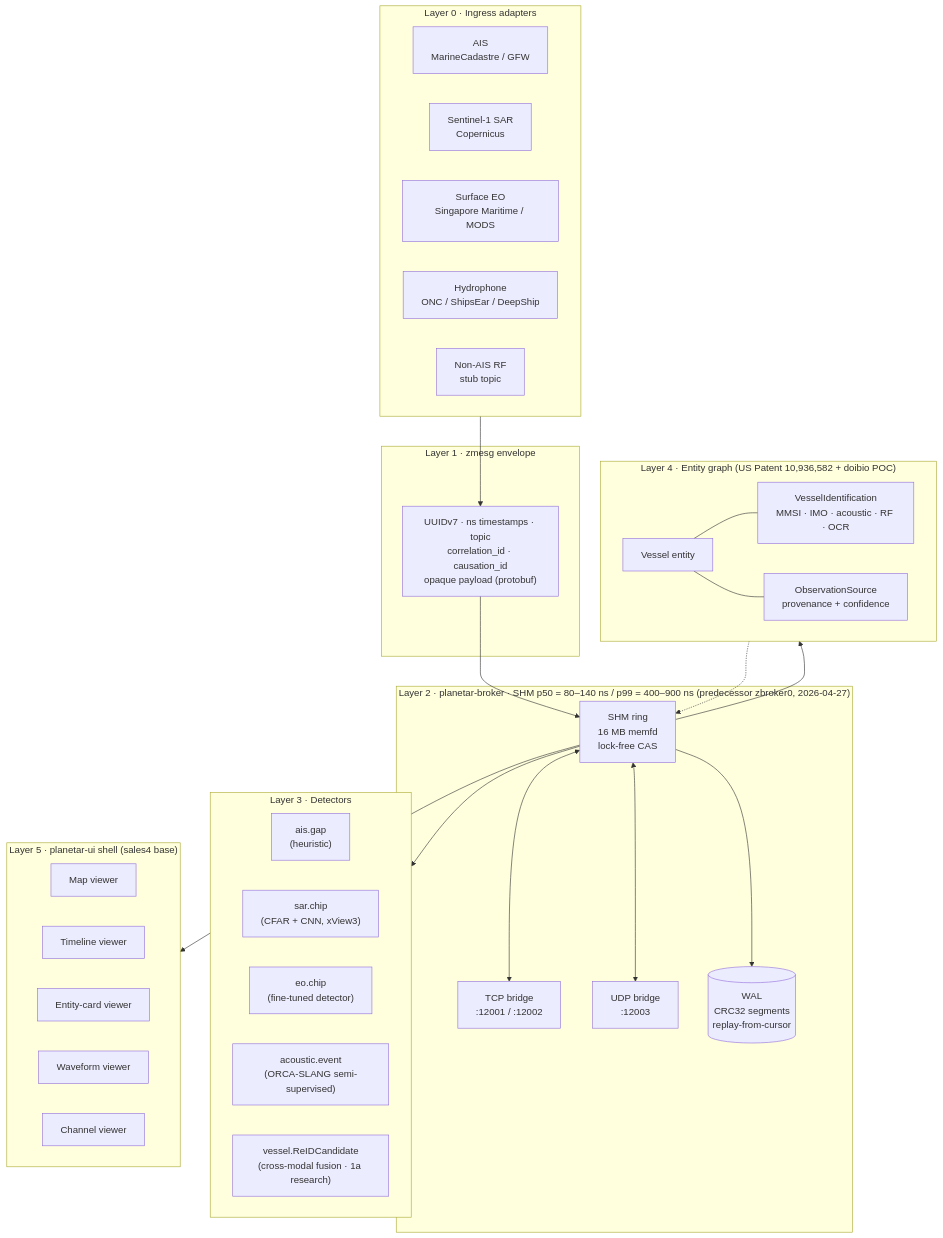
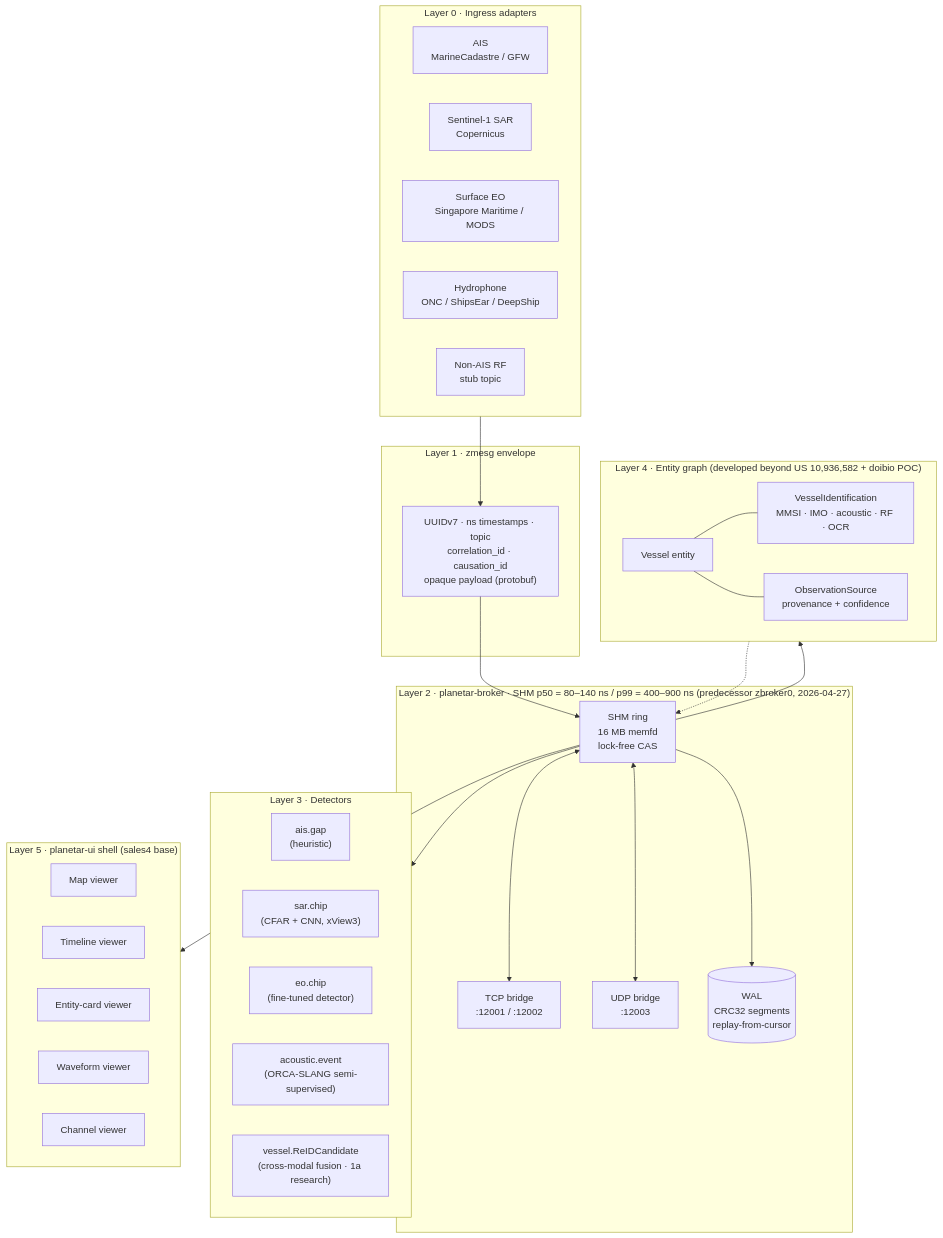
Before and after one commit to planetarx/planetar: the first of 4 diagrams in docs/architecture-diagrams.md, drawn with Mermaid. The commit also changed 2 other files, not shown here.

Commit message:
docs: use the standard patent wording in thinking docs and the pitch deck
Say "applicant-named inventor on US Patent 10,936,582 (Salesforce-assigned,
1 of 19 inventors)" in 03-ARCHITECTURE.md and the pitch deck. Label the
proposal framing in 03-ARCHITECTURE.md as a paraphrase, since it is not filed
text. The architecture diagram now says the entity graph was developed beyond
the patent rather than implying the patent is part of the layer.

Filed text under submission/ and proposal/ is unchanged.

````diff
--- a/docs/architecture-diagrams.md
+++ b/docs/architecture-diagrams.md
@@ -13,55 +13,55 @@
 ```mermaid
 flowchart TB
     subgraph Ingress[" Layer 0 · Ingress adapters "]
         AIS[AIS<br/>MarineCadastre / GFW]
         SAR[Sentinel-1 SAR<br/>Copernicus]
         EO[Surface EO<br/>Singapore Maritime / MODS]
         HYD[Hydrophone<br/>ONC / ShipsEar / DeepShip]
         RF[Non-AIS RF<br/>stub topic]
     end
 
     subgraph Envelope[" Layer 1 · zmesg envelope "]
         ENV["UUIDv7 · ns timestamps · topic<br/>correlation_id · causation_id<br/>opaque payload (protobuf)"]
     end
 
     subgraph Bus[" Layer 2 · planetar-broker  ·  SHM p50 = 80–140 ns / p99 = 400–900 ns (predecessor zbroker0, 2026-04-27) "]
         SHM[SHM ring<br/>16 MB memfd<br/>lock-free CAS]
         TCP[TCP bridge<br/>:12001 / :12002]
         UDP[UDP bridge<br/>:12003]
         WAL[(WAL<br/>CRC32 segments<br/>replay-from-cursor)]
     end
 
     subgraph Detectors[" Layer 3 · Detectors "]
         AISGAP["ais.gap<br/>(heuristic)"]
         SARCHIP["sar.chip<br/>(CFAR + CNN, xView3)"]
         EOCHIP["eo.chip<br/>(fine-tuned detector)"]
         ACOUSTIC["acoustic.event<br/>(ORCA-SLANG semi-supervised)"]
         REID["vessel.ReIDCandidate<br/>(cross-modal fusion · 1a research)"]
     end
 
-    subgraph Graph[" Layer 4 · Entity graph (US Patent 10,936,582 + doibio POC) "]
+    subgraph Graph[" Layer 4 · Entity graph (developed beyond US 10,936,582 + doibio POC) "]
         VESSEL[Vessel entity]
         VESSELID[VesselIdentification<br/>MMSI · IMO · acoustic · RF · OCR]
         SOURCE[ObservationSource<br/>provenance + confidence]
         VESSEL --- VESSELID
         VESSEL --- SOURCE
     end
 
     subgraph Shell[" Layer 5 · planetar-ui shell (sales4 base) "]
         MAP[Map viewer]
         TIMELINE[Timeline viewer]
         ENTITY[Entity-card viewer]
         WAVE[Waveform viewer]
         CHANNEL[Channel viewer]
     end
 
     Ingress --> ENV
     ENV --> SHM
     SHM <--> TCP
     SHM <--> UDP
     SHM --> WAL
     SHM --> Detectors
     SHM --> Graph
     SHM --> Shell
     Graph -.-> SHM
 ```
````
